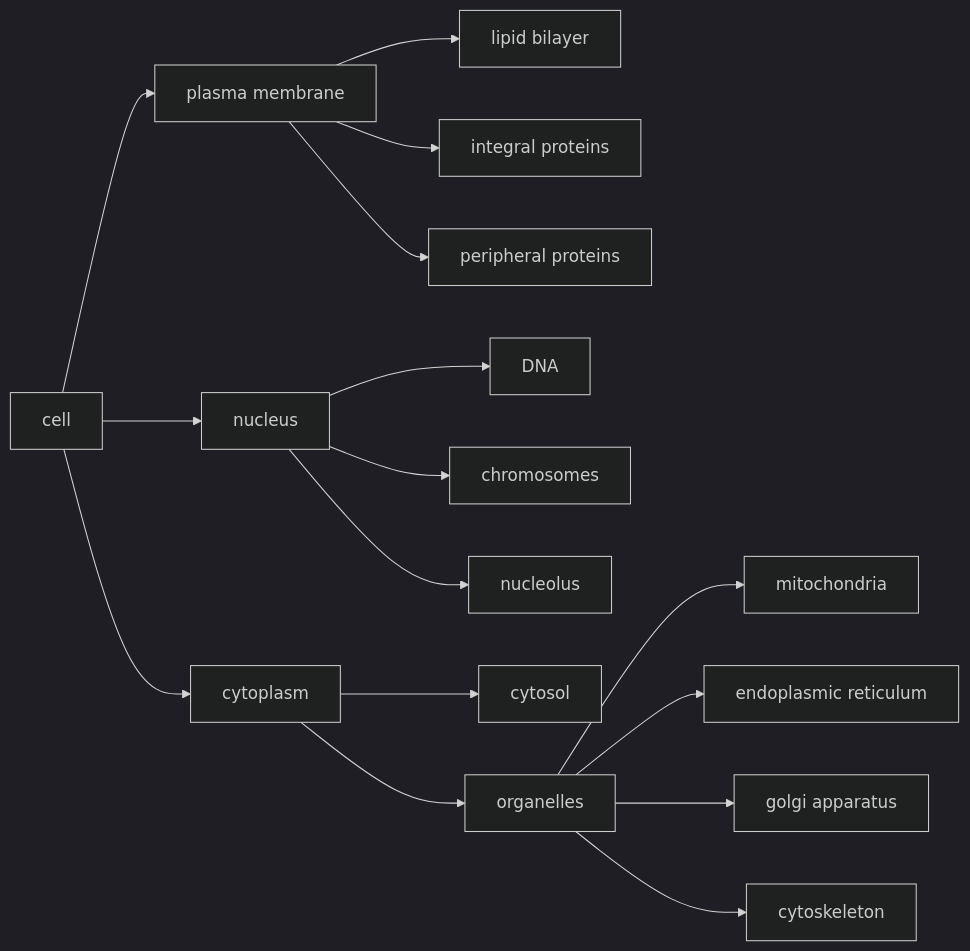
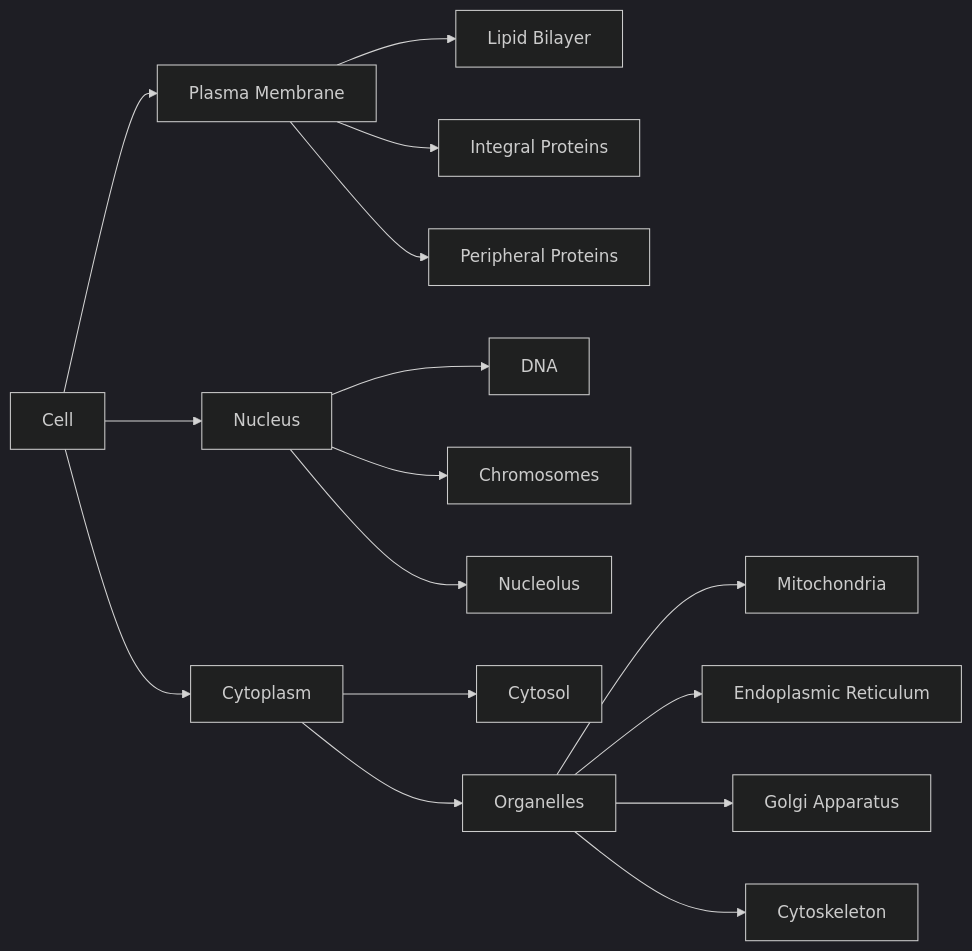
One commit to shosho-chang/nakama changed diagram 11 of 13 in tests/fixtures/golden/bse-ch3-expected/bse-ch3.md. Above: the diagram before and after it, drawn with Mermaid (dark theme). The commit also changed other lines of this file and 150 other files, not shown here.

````diff
--- a/tests/fixtures/golden/bse-ch3-expected/bse-ch3.md
+++ b/tests/fixtures/golden/bse-ch3-expected/bse-ch3.md
@@ -1097,18 +1095,18 @@
 ```mermaid
 flowchart LR
-  A[cell] --> B[plasma membrane]
-  B --> C[lipid bilayer]
-  B --> D[integral proteins]
-  B --> E[peripheral proteins]
-  A --> F[nucleus]
-  F --> G[DNA]
-  F --> H[chromosomes]
-  F --> I[nucleolus]
-  A --> J[cytoplasm]
-  J --> K[cytosol]
-  J --> L[organelles]
-  L --> M[mitochondria]
-  L --> N[endoplasmic reticulum]
-  L --> O[golgi apparatus]
-  L --> P[cytoskeleton]
+  Cell --> PlasmaMembrane[Plasma Membrane]
+  Cell --> Nucleus
+  Cell --> Cytoplasm
+  PlasmaMembrane --> LipidBilayer[Lipid Bilayer]
+  PlasmaMembrane --> IntegralProteins[Integral Proteins]
+  PlasmaMembrane --> PeripheralProteins[Peripheral Proteins]
+  Nucleus --> DNA
+  Nucleus --> Chromosomes
+  Nucleus --> Nucleolus
+  Cytoplasm --> Cytosol
+  Cytoplasm --> Organelles
+  Organelles --> Mitochondria
+  Organelles --> EndoplasmicReticulum[Endoplasmic Reticulum]
+  Organelles --> GolgiApparatus[Golgi Apparatus]
+  Organelles --> Cytoskeleton
 ```
````
